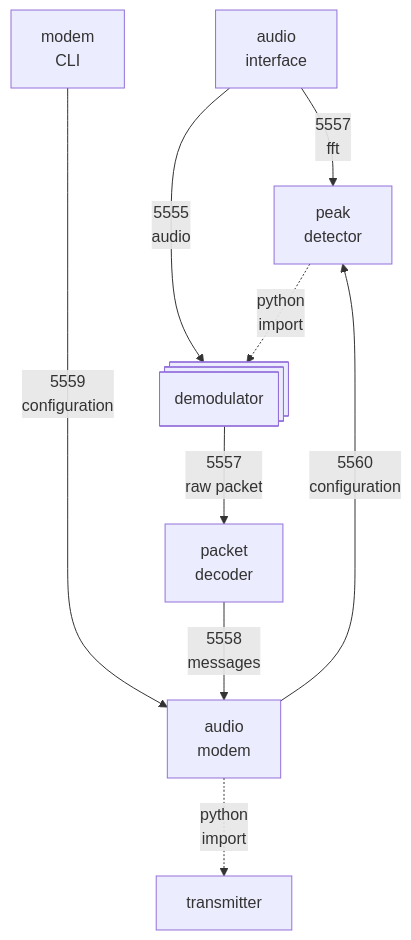
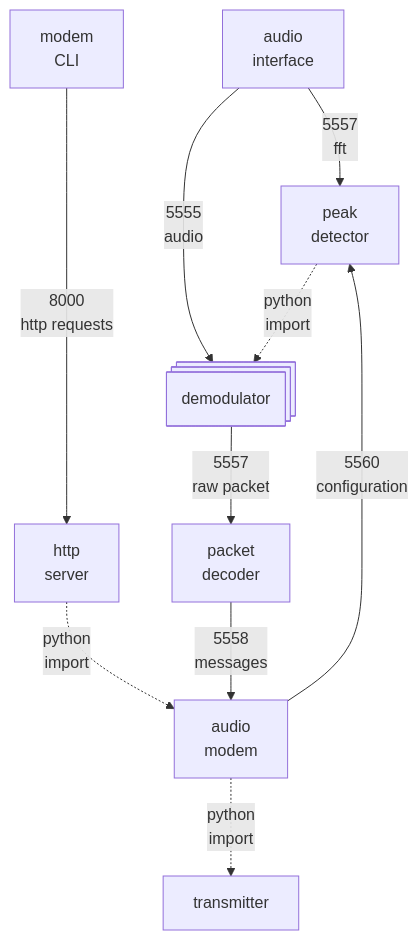
Before and after one commit to BimBim134/vibe-audioModem: the second of 2 diagrams in docs/parameters.md, drawn with Mermaid. The commit also changed other lines of this file, not shown here.

Commit message:
updated paramters.md so that it match the current architecture

````diff
--- a/docs/parameters.md
+++ b/docs/parameters.md
@@ -38,19 +39,21 @@
 ```mermaid
 flowchart TD
 AIF["audio<br>interface"]
 PDT["peak<br>detector"]
 PDC["packet<br>decoder"]
 CLI["modem<br>CLI"]
 DM@{label: demodulator, shape: procs}
 MD["audio<br>modem"]
 TX[transmitter]
+HTTP["http<br>server"]
 
-CLI ----->|"5559<br>configuration"| MD
+CLI ---->|"8000<br>http requests"| HTTP
+HTTP -.->|"python<br>import"| MD
 AIF -->|"5557<br>fft"| PDT
 AIF -->|"5555<br>audio"| DM
 DM  -->|"5557<br>raw packet"| PDC
 PDC -->|"5558<br>messages"| MD
 MD  -->|"5560<br>configuration"| PDT
 MD  -.->|"python<br>import"| TX
 PDT -.->|"python<br>import"| DM
 ```
````
